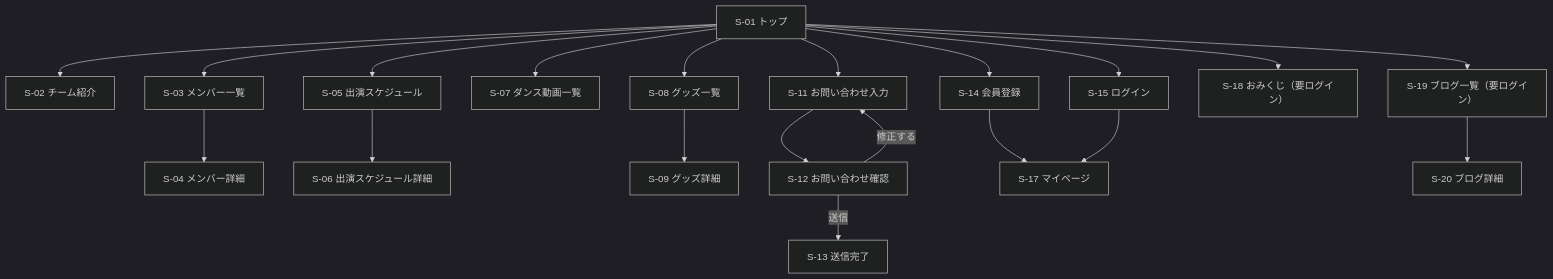
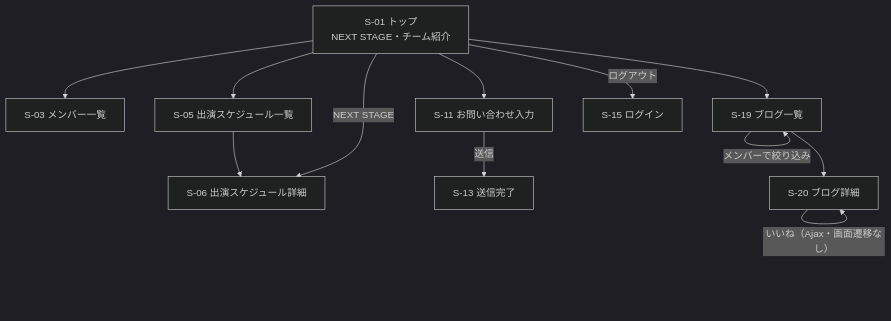
Before and after one commit to sena-tanaka/fan-site: the second of 3 diagrams in docs/requirements.md, drawn with Mermaid (dark theme). The commit also changed other lines of this file and 10 other files, not shown here.

````diff
--- a/docs/requirements.md
+++ b/docs/requirements.md
@@ -257,16 +339,13 @@
 ```mermaid
 flowchart TD
-    TOP["S-01 トップ"]
-    TOP --> TEAM["S-02 チーム紹介"]
-    TOP --> MEM["S-03 メンバー一覧"] --> MEMD["S-04 メンバー詳細"]
-    TOP --> SCH["S-05 出演スケジュール"] --> SCHD["S-06 出演スケジュール詳細"]
-    TOP --> MOV["S-07 ダンス動画一覧"]
-    TOP --> GDS["S-08 グッズ一覧"] --> GDSD["S-09 グッズ詳細"]
-    TOP --> CON["S-11 お問い合わせ入力"] --> CONC["S-12 お問い合わせ確認"]
-    CONC -->|送信| CONF["S-13 送信完了"]
-    CONC -->|修正する| CON
-    TOP --> REG["S-14 会員登録"] --> MY["S-17 マイページ"]
-    TOP --> LOGIN["S-15 ログイン"] --> MY
-    TOP --> OMI["S-18 おみくじ（要ログイン）"]
-    TOP --> BLOG["S-19 ブログ一覧（要ログイン）"] --> BLOGD["S-20 ブログ詳細"]
+    TOP["S-01 トップ<br>NEXT STAGE・チーム紹介"]
+    TOP --> MEM["S-03 メンバー一覧"]
+    TOP --> SCH["S-05 出演スケジュール一覧"] --> SCHD["S-06 出演スケジュール詳細"]
+    TOP -->|NEXT STAGE| SCHD
+    TOP --> CON["S-11 お問い合わせ入力"] -->|送信| CONF["S-13 送信完了"]
+    TOP --> BLOG["S-19 ブログ一覧"]
+    BLOG -->|メンバーで絞り込み| BLOG
+    BLOG --> BLOGD["S-20 ブログ詳細"]
+    BLOGD -->|いいね（Ajax・画面遷移なし）| BLOGD
+    TOP -->|ログアウト| LOGIN["S-15 ログイン"]
 ```
````
